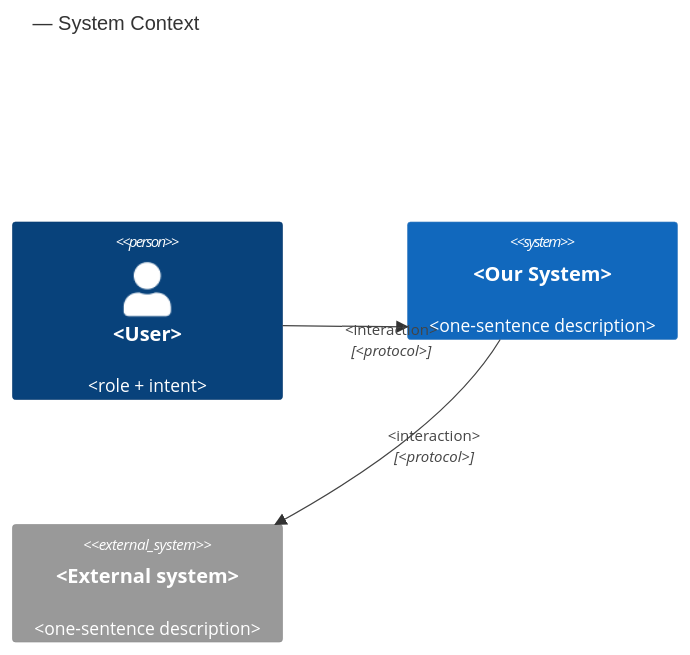
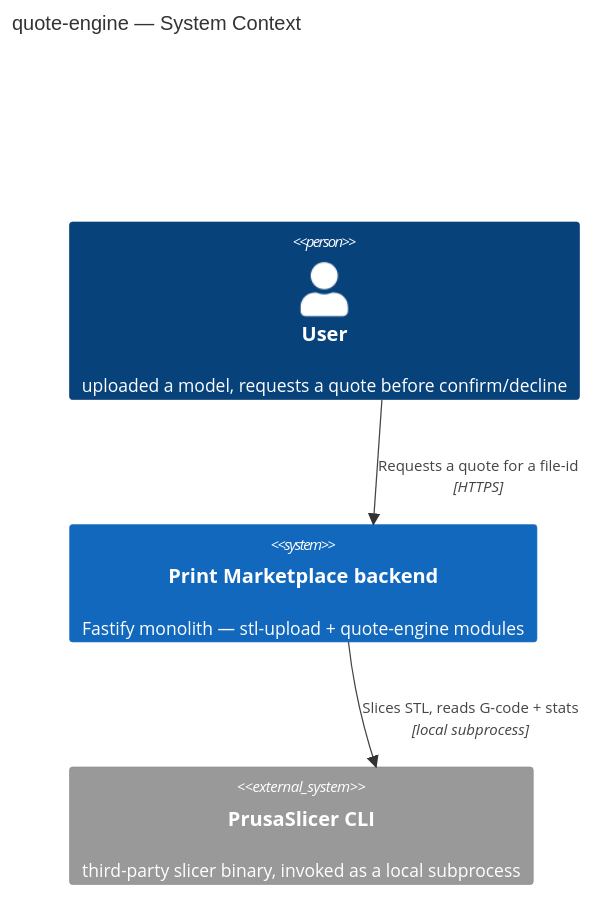
Before and after one commit to yahacom/print-marketplace: the first of 3 diagrams in docs/features/quote-engine/sad.md, drawn with Mermaid. The commit also changed other lines of this file, not shown here.

Commit message:
feat(quote-engine): sad §1-3 — quality goals, constraints, C4 context

````diff
--- a/docs/features/quote-engine/sad.md
+++ b/docs/features/quote-engine/sad.md
@@ -87,11 +73,11 @@
 ```mermaid
 C4Context
-    title <system> — System Context
+    title quote-engine — System Context
 
-    Person(user, "<User>", "<role + intent>")
-    System(system, "<Our System>", "<one-sentence description>")
-    System_Ext(ext, "<External system>", "<one-sentence description>")
+    Person(user, "User", "uploaded a model, requests a quote before confirm/decline")
+    System(marketplace, "Print Marketplace backend", "Fastify monolith — stl-upload + quote-engine modules")
+    System_Ext(slicer, "PrusaSlicer CLI", "third-party slicer binary, invoked as a local subprocess")
 
-    Rel(user, system, "<interaction>", "<protocol>")
-    Rel(system, ext, "<interaction>", "<protocol>")
+    Rel(user, marketplace, "Requests a quote for a file-id", "HTTPS")
+    Rel(marketplace, slicer, "Slices STL, reads G-code + stats", "local subprocess")
 ```
````
